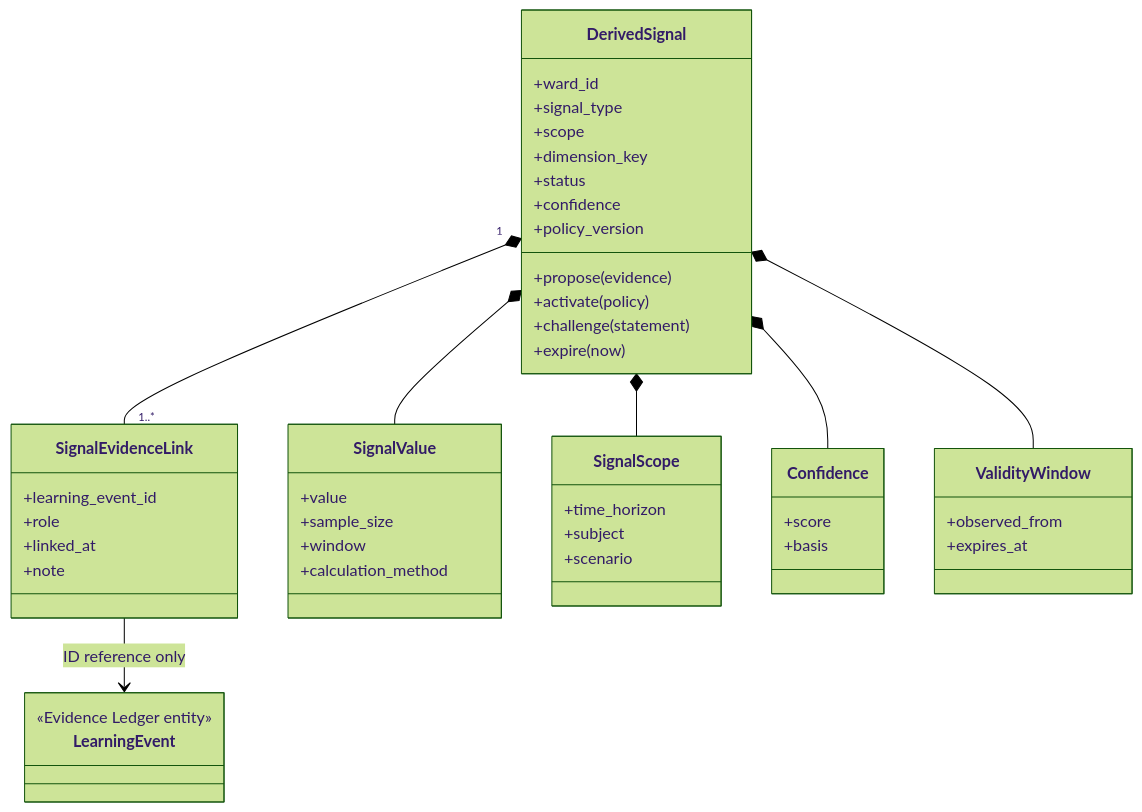
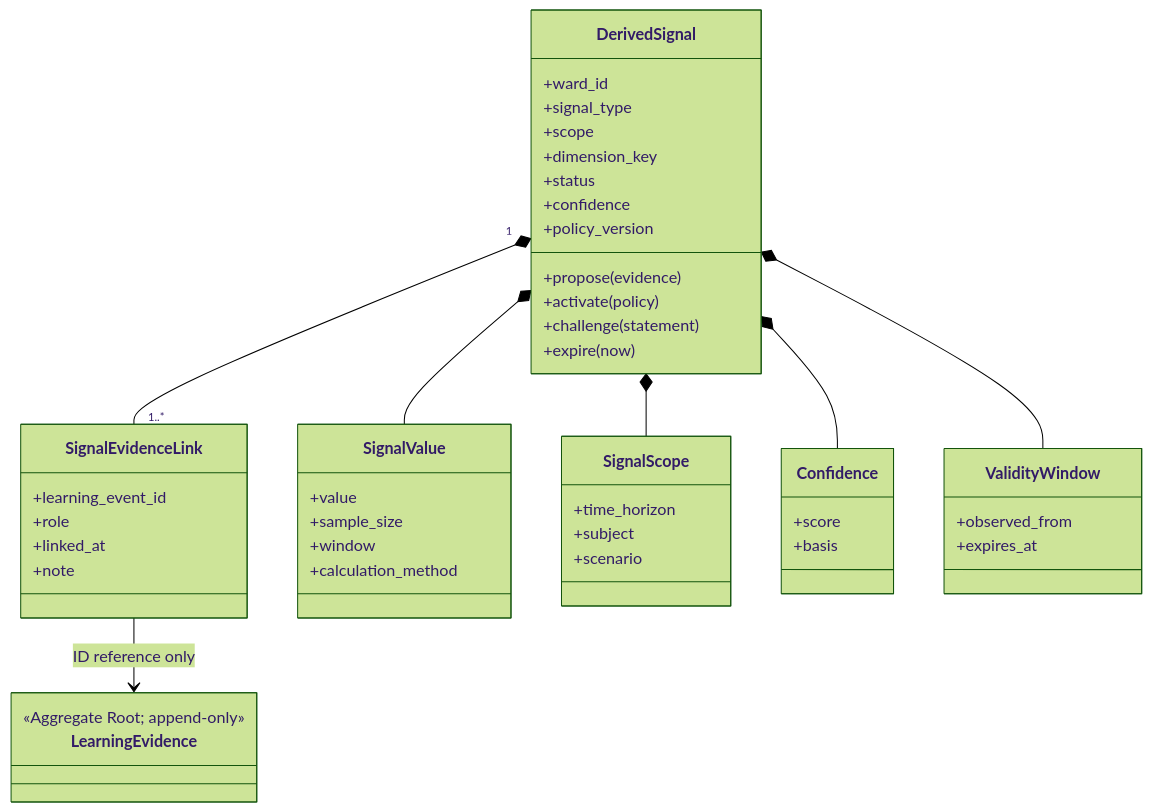
Before and after one commit to johanchow/duxue: the fifth of 9 diagrams in docs/technical/design-memory.md, drawn with Mermaid (forest theme). The commit also changed other lines of this file, not shown here.

````diff
--- a/docs/technical/design-memory.md
+++ b/docs/technical/design-memory.md
@@ -174,50 +180,50 @@
 ```mermaid
 classDiagram
     class DerivedSignal {
         +ward_id
         +signal_type
         +scope
         +dimension_key
         +status
         +confidence
         +policy_version
         +propose(evidence)
         +activate(policy)
         +challenge(statement)
         +expire(now)
     }
     class SignalEvidenceLink {
         +learning_event_id
         +role
         +linked_at
         +note
     }
     class SignalValue {
         +value
         +sample_size
         +window
         +calculation_method
     }
     class SignalScope {
         +time_horizon
         +subject
         +scenario
     }
     class Confidence {
         +score
         +basis
     }
     class ValidityWindow {
         +observed_from
         +expires_at
     }
-    class LearningEvent {
-        <<Evidence Ledger entity>>
+    class LearningEvidence {
+        <<Aggregate Root; append-only>>
     }
     DerivedSignal "1" *-- "1..*" SignalEvidenceLink
     DerivedSignal *-- SignalValue
     DerivedSignal *-- SignalScope
     DerivedSignal *-- Confidence
     DerivedSignal *-- ValidityWindow
-    SignalEvidenceLink --> LearningEvent : ID reference only
+    SignalEvidenceLink --> LearningEvidence : ID reference only
 ```
````
